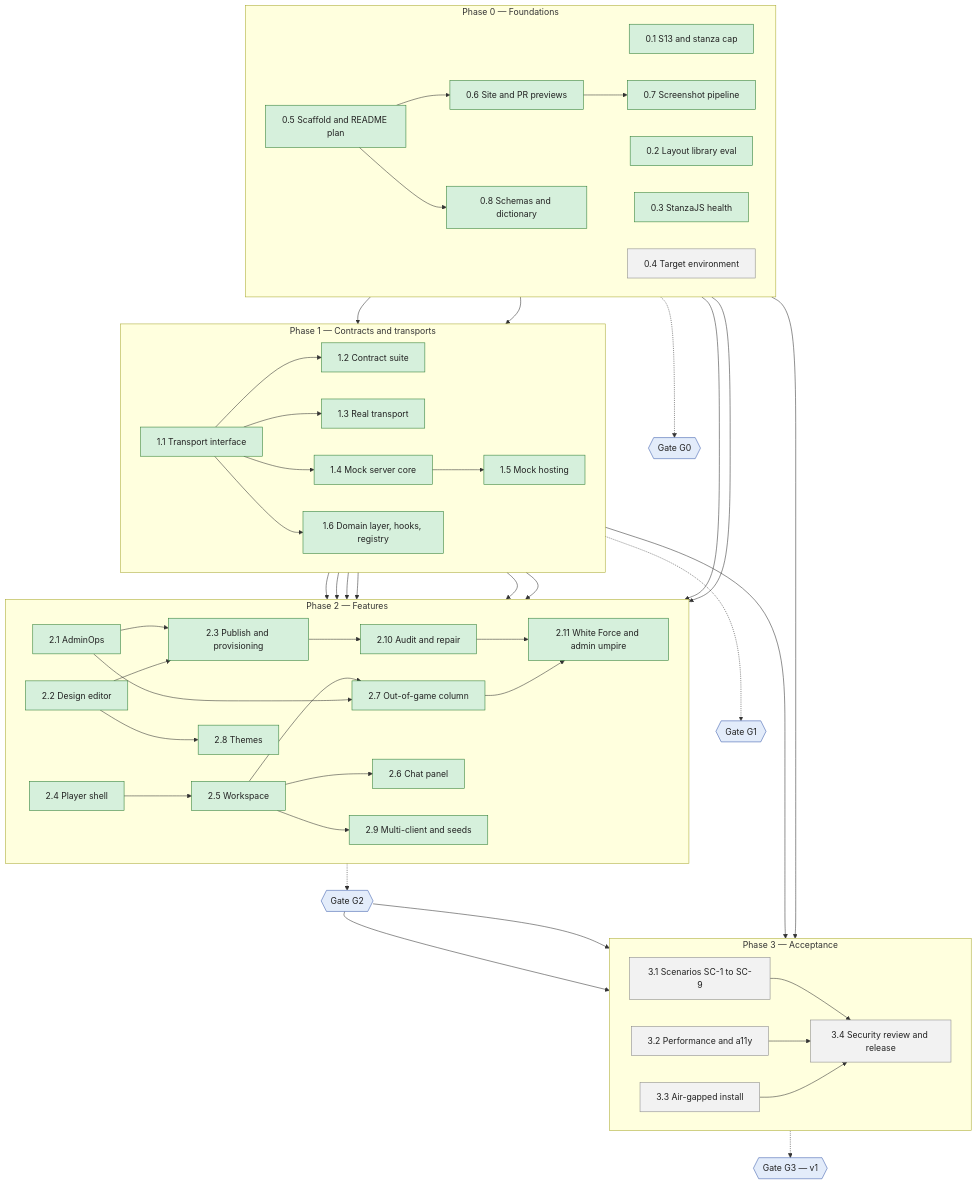
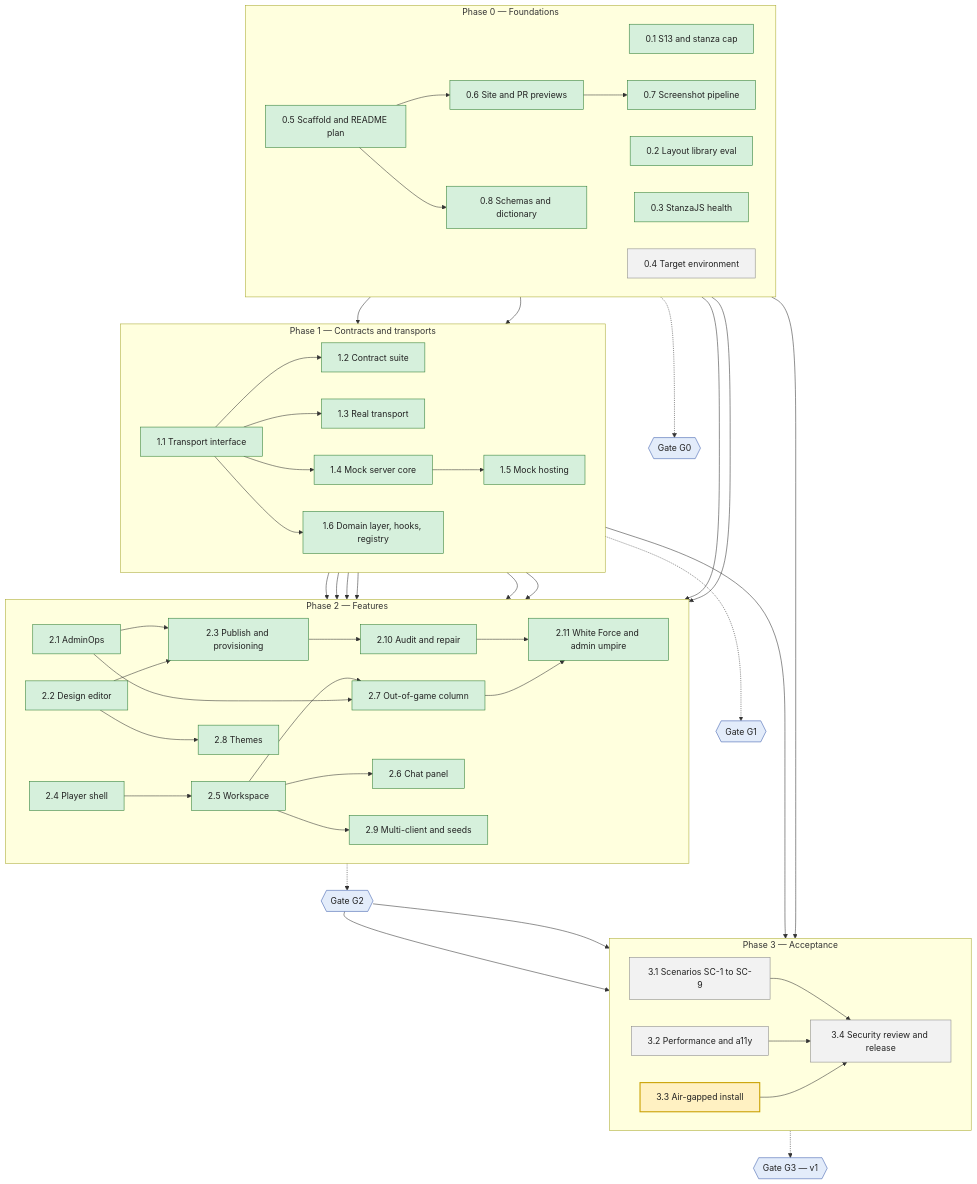
The diagram in README.md (serge-web/war-rooms-x2), drawn with Mermaid before and after one commit. The commit also changed other lines of this file and 38 other files, not shown here.

````diff
--- a/README.md
+++ b/README.md
@@ -9,78 +9,79 @@
 ```mermaid
 flowchart TB
     subgraph P0["Phase 0 — Foundations"]
         direction LR
         wp01["0.1 S13 and stanza cap"]
         wp02["0.2 Layout library eval"]
         wp03["0.3 StanzaJS health"]
         wp04["0.4 Target environment"]
         wp05["0.5 Scaffold and README plan"]
         wp06["0.6 Site and PR previews"]
         wp07["0.7 Screenshot pipeline"]
         wp08["0.8 Schemas and dictionary"]
     end
     subgraph P1["Phase 1 — Contracts and transports"]
         direction LR
         wp11["1.1 Transport interface"]
         wp12["1.2 Contract suite"]
         wp13["1.3 Real transport"]
         wp14["1.4 Mock server core"]
         wp15["1.5 Mock hosting"]
         wp16["1.6 Domain layer, hooks, registry"]
     end
     subgraph P2["Phase 2 — Features"]
         direction LR
         wp21["2.1 AdminOps"]
         wp22["2.2 Design editor"]
         wp23["2.3 Publish and provisioning"]
         wp210["2.10 Audit and repair"]
         wp211["2.11 White Force and admin umpire"]
         wp24["2.4 Player shell"]
         wp25["2.5 Workspace"]
         wp26["2.6 Chat panel"]
         wp27["2.7 Out-of-game column"]
         wp28["2.8 Themes"]
         wp29["2.9 Multi-client and seeds"]
     end
     subgraph P3["Phase 3 — Acceptance"]
         direction LR
         wp31["3.1 Scenarios SC-1 to SC-9"]
         wp32["3.2 Performance and a11y"]
         wp33["3.3 Air-gapped install"]
         wp34["3.4 Security review and release"]
     end
     G0{{"Gate G0"}}
     G1{{"Gate G1"}}
     G2{{"Gate G2"}}
     G3{{"Gate G3 — v1"}}
 
     wp05 --> wp06 --> wp07
     wp05 --> wp08
     wp03 & wp08 --> wp11
     wp11 --> wp12 & wp13 & wp14 & wp16
     wp14 --> wp15
     wp13 & wp16 & wp01 --> wp21
     wp16 --> wp22
     wp21 & wp22 --> wp23 --> wp210
     wp210 & wp27 --> wp211
     wp16 --> wp24
     wp02 & wp24 --> wp25 --> wp26
     wp25 & wp21 --> wp27
     wp16 & wp22 --> wp28
     wp15 & wp25 --> wp29
     wp04 & wp13 --> wp33
     wp31 & wp32 & wp33 --> wp34
     P0 -.-> G0
     P1 -.-> G1
     P2 -.-> G2
     G2 --> wp31 & wp32
     P3 -.-> G3
 
     classDef todo fill:#f2f2f2,stroke:#888,color:#222
     classDef active fill:#fff1c2,stroke:#c9a000,color:#222,stroke-width:2px
     classDef done fill:#d6f0dc,stroke:#2e7d32,color:#222
     classDef gate fill:#e3ecfa,stroke:#3b5bab,color:#222
-    class wp04,wp31,wp32,wp33,wp34 todo
+    class wp04,wp31,wp32,wp34 todo
+    class wp33 active
     class wp01,wp02,wp03,wp05,wp06,wp07,wp08,wp11,wp12,wp13,wp14,wp15,wp16,wp21,wp22,wp23,wp24,wp25,wp26,wp27,wp28,wp29,wp210,wp211 done
     class G0,G1,G2,G3 gate
 ```
````
